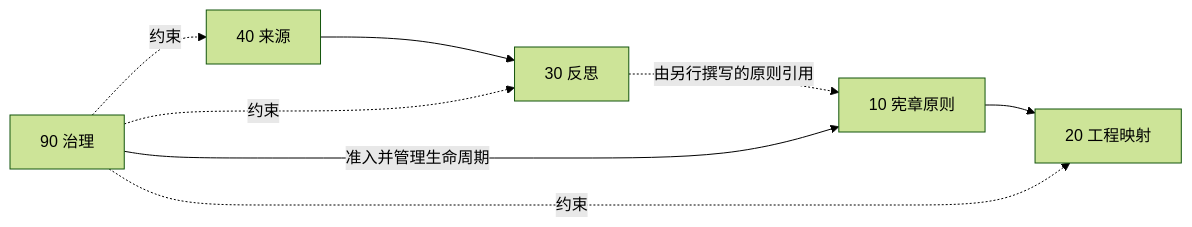
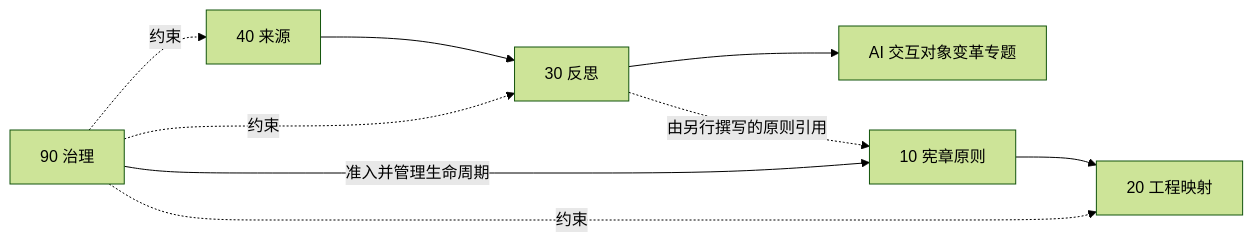
One commit to tao3k/philosophy changed the diagram in cn/00-topology/00.00-repository-topology.org. Above: the diagram before and after it, drawn with Mermaid (forest theme). The commit also changed other lines of this file and 48 other files, not shown here.

```diff
--- a/cn/00-topology/00.00-repository-topology.org
+++ b/cn/00-topology/00.00-repository-topology.org
@@ -35,10 +36,11 @@
 #+begin_src mermaid :exports results :file cn-content-topology.svg
 flowchart LR
   SRC[40 来源] --> REF[30 反思]
+  REF --> AIOBJ[AI 交互对象变革专题]
   REF -.由另行撰写的原则引用.-> PRI[10 宪章原则]
   GOV[90 治理] -->|准入并管理生命周期| PRI
   PRI --> MAP[20 工程映射]
   GOV -.约束.-> SRC
   GOV -.约束.-> REF
   GOV -.约束.-> MAP
 #+end_src
```
